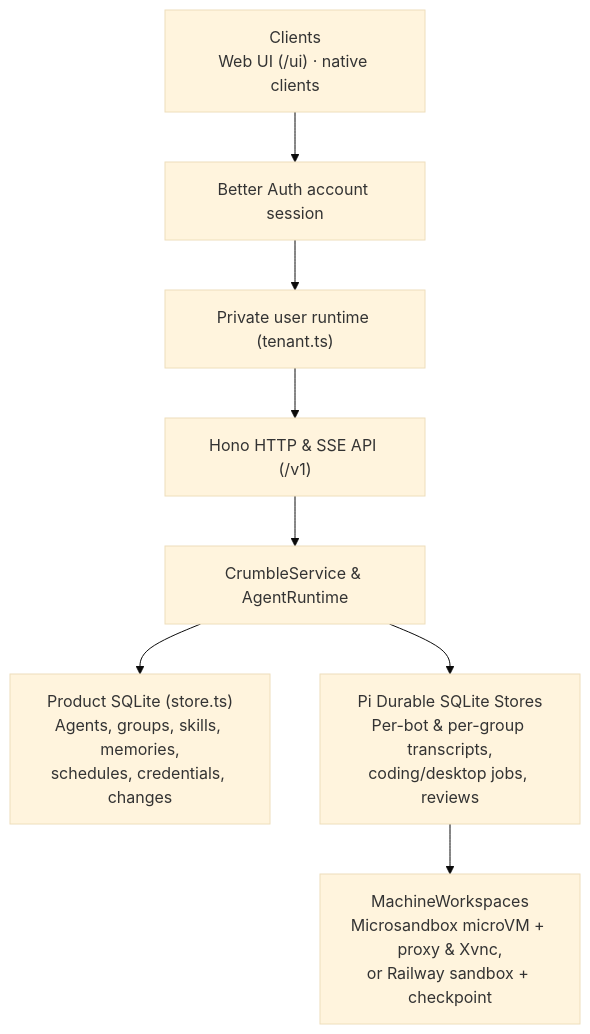
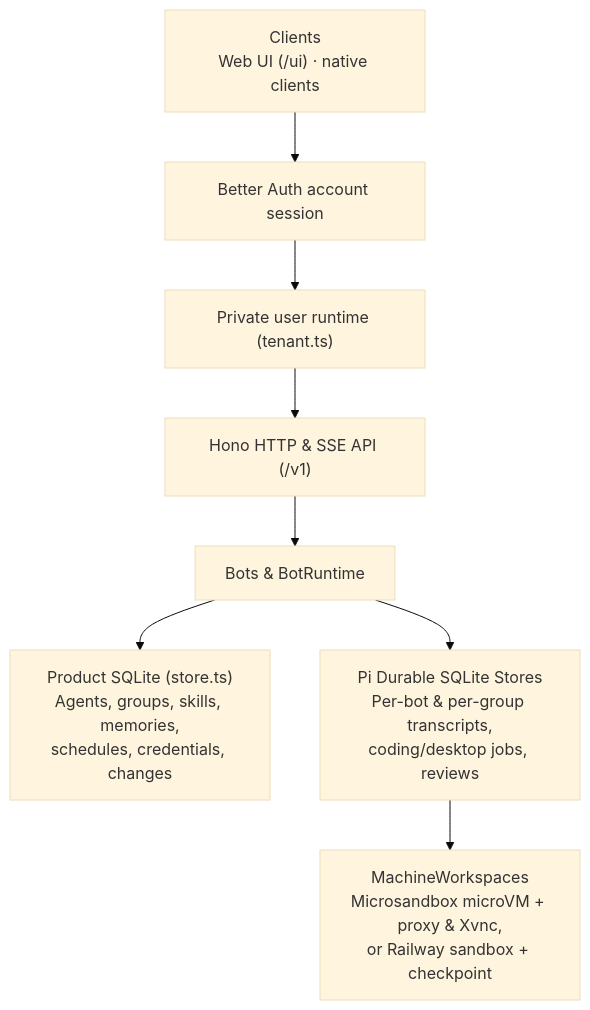
One commit to crumble-project/bot changed the diagram in docs/architecture.md. Above: the diagram before and after it, drawn with Mermaid (base theme). The commit also changed other lines of this file and 33 other files, not shown here.

First line of the commit message:
refactor(bots): make the bots' chats and bot messaging Effect services

````diff
--- a/docs/architecture.md
+++ b/docs/architecture.md
@@ -5,10 +5,10 @@
 ```mermaid
 flowchart TD
   Clients["Clients\nWeb UI (/ui) · native clients"] --> Auth["Better Auth account session"]
   Auth --> Tenant["Private user runtime (tenant.ts)"]
   Tenant --> API["Hono HTTP & SSE API (/v1)"]
-  API --> Service["CrumbleService & AgentRuntime"]
+  API --> Service["Bots & BotRuntime"]
   Service --> Store["Product SQLite (store.ts)\nAgents, groups, skills, memories,\nschedules, credentials, changes"]
   Service --> Pi["Pi Durable SQLite Stores\nPer-bot & per-group transcripts,\ncoding/desktop jobs, reviews"]
   Pi --> Workspaces["MachineWorkspaces\nMicrosandbox microVM + proxy & Xvnc,\nor Railway sandbox + checkpoint"]
 ```
````
